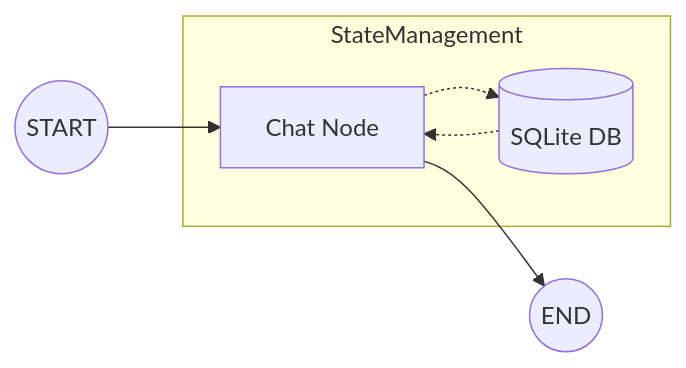
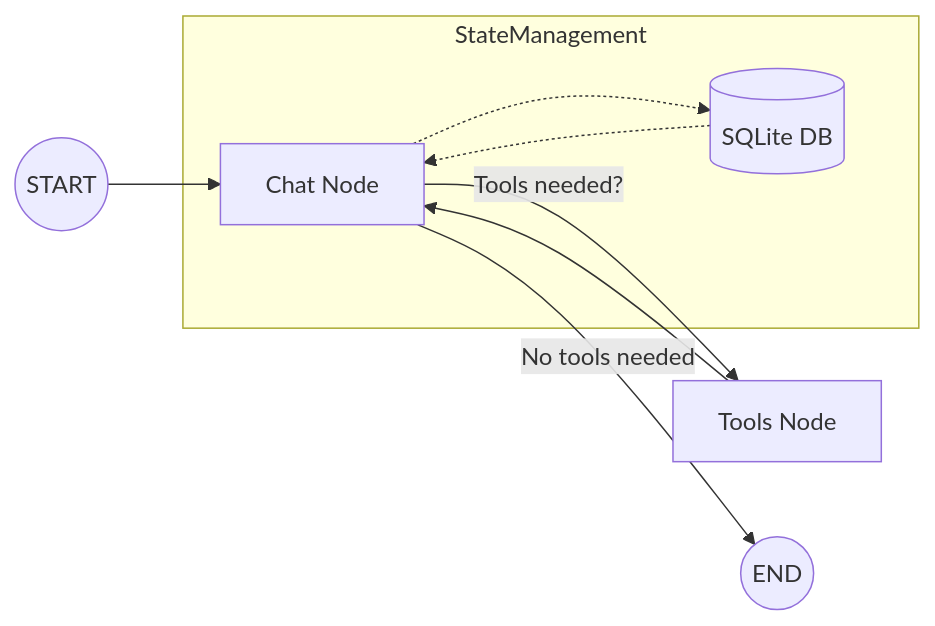
The diagram in README.md (rkaur2612/LangGraph-Chatbot), drawn with Mermaid before and after one commit. The commit also changed other lines of this file and 1 other file, not shown here.

Commit message:
Tools hallunications handling logic

````diff
--- a/README.md
+++ b/README.md
@@ -29,10 +33,12 @@
 ```mermaid
 graph LR
     START((START)) --> ChatNode[Chat Node]
-    ChatNode --> END((END))
+    ChatNode -- Tools needed? --> ToolsNode[Tools Node]
+    ToolsNode --> ChatNode
+    ChatNode -- No tools needed --> END((END))
     
     subgraph StateManagement
     ChatNode -.-> Checkpointer[(SQLite DB)]
     Checkpointer -.-> ChatNode
     end
 ```
````
